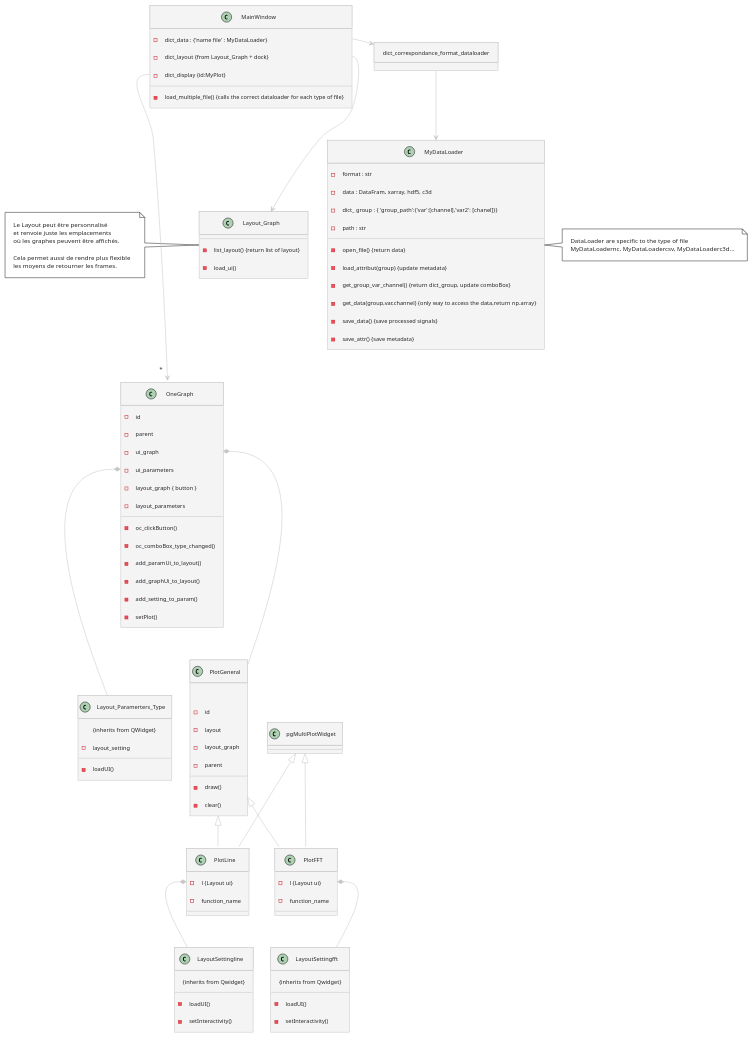
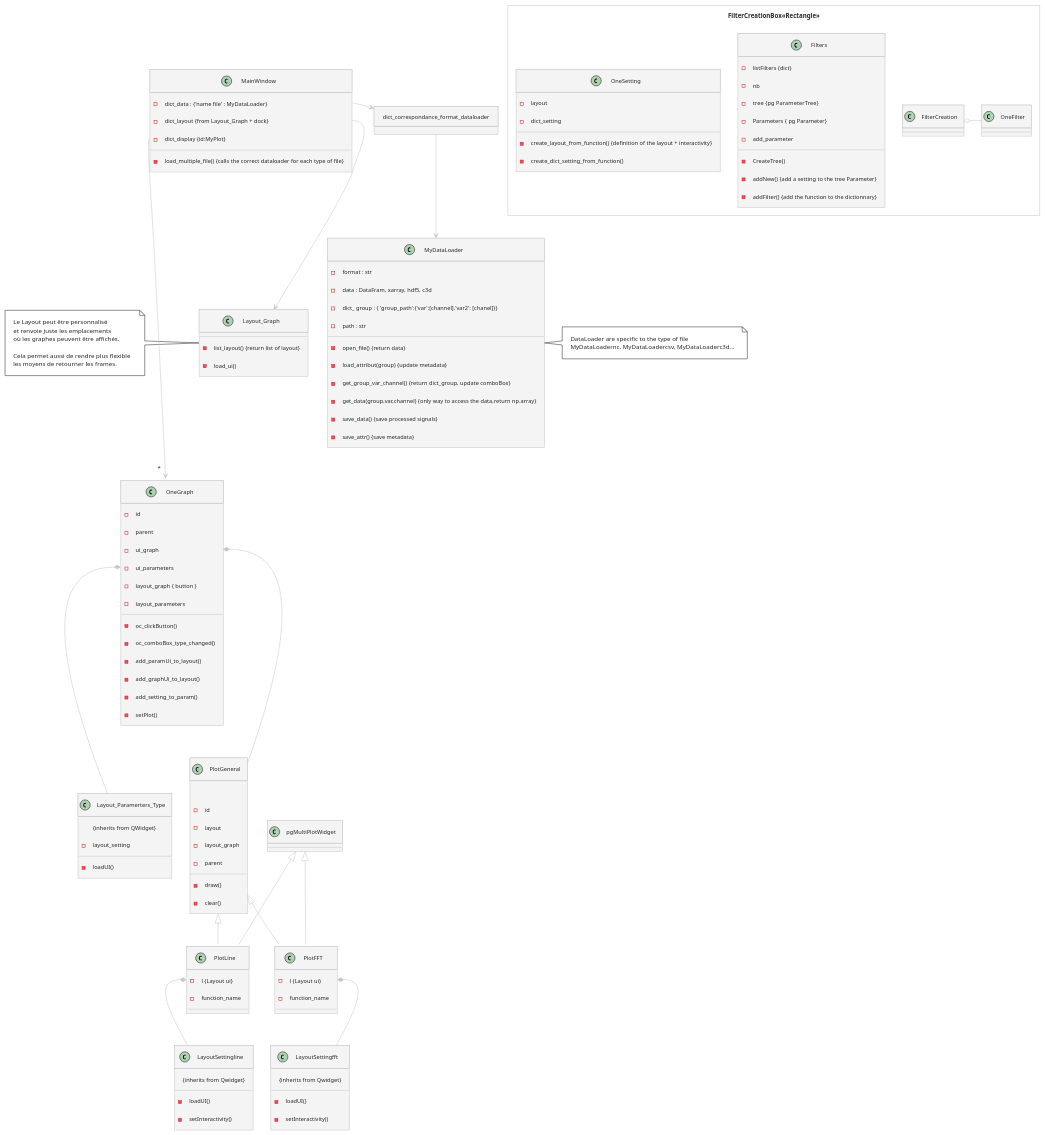
Before and after one commit to anaisalexia/EMGExplorer: the diagram in EMG_Explorer_App/schema.plantuml, drawn with PlantUML. The commit also changed 4 other files, not shown here.

```diff
--- a/EMG_Explorer_App/schema.plantuml
+++ b/EMG_Explorer_App/schema.plantuml
@@ -1,150 +1,176 @@
 @startuml
 !theme carbon-gray
 'class Parameters_win'
 
 /'
 Pour l'instant la fenêtre principale a une liste de graph 
 propre à chaque layout affiché
 sur lesquels les données sont affichées et changées en fonction du type
 En supposant donc que tout s'affiche sur un Multiplotwidget
 
 Changement de paradigme
 La fenetre principale a une liste des types d'affichages souhaitées
 chaques affichage à une fenêtre qui lui est propre
 
 avant 
 dict_display {id: graph } 
 MainWindow --> graph
 class graph{
     multiplot
     plot
 }
 
 desormais
 dict_display {id: <s> graph </s> type } 
 
 '/
 
 class MainWindow{
     - dict_data : {'name file' : MyDataLoader}
     - dict_layout {from Layout_Graph + dock}
     - dict_display {id:MyPlot}
     - load_multiple_file() {calls the correct dataloader for each type of file}
 }
 
 object dict_correspondance_format_dataloader
 
 class MyDataLoader{
     - format : str
     - data : DataFram, xarray, hdf5, c3d
     - dict_ group : { 'group_path':{'var':[channel],'var2': [chanel]}}
     - path : str
     - open_file() {return data}
     - load_attribut(group) {update metadata}
     - get_group_var_channel() {return dict_group, update comboBox}
     - get_data(group,var,channel) {only way to access the data,return np.array}
     - save_data() {save processed signals}
     - save_attr() {save metadata}
 }
 note right
 DataLoader are specific to the type of file
 MyDataLoadernc, MyDataLoadercsv, MyDataLoaderc3d...
 end note
 
 class Layout_Graph{
     - list_layout() {return list of layout}
     - load_ui()
 }
 note left
 Le Layout peut être personnalisé
 et renvoie juste les emplacements 
 où les graphes peuvent être affichés.
 
 Cela permet aussi de rendre plus flexible 
 les moyens de retourner les frames.
 end note
 
 
 
 
 
 MainWindow::dict_layout --> Layout_Graph
 MainWindow::data  -> dict_correspondance_format_dataloader
 dict_correspondance_format_dataloader --> MyDataLoader
 MainWindow::dict_display  --->"*" OneGraph
 
 
 class OneGraph{
     -id
     -parent
     -ui_graph
     -ui_parameters
     -layout_graph { button }
     -layout_parameters
     - oc_clickButton()
     - oc_comboBox_type_changed()
     -add_paramUi_to_layout()
     -add_graphUi_to_layout()
     -add_setting_to_param()
     -setPlot()
 }
 
 class Layout_Paramerters_Type{
     {inherits from QWidget}
     -layout_setting
     -loadUI()
 }
 
 
 class LayoutSettingfft{
     {inherits from Qwidget}
     -loadUI()
     -setInteractivity()
 }
 
 class LayoutSettingline{
     {inherits from Qwidget}
     -loadUI()
     -setInteractivity()
 }
 
 class PlotGeneral{
     {abstract}
     -id 
     -layout
     -layout_graph
     -parent
 
     -draw()
     -clear()
 
 }
 
 class PlotLine{
 
     -l {Layout ui}
     -function_name
 
 }
 
 class PlotFFT{
 
     -l {Layout ui}
     -function_name
 
 }
 
 OneGraph::ui_graph *-- PlotGeneral
 OneGraph::ui_parameters *-- Layout_Paramerters_Type
 
 
 pgMultiPlotWidget <|--PlotLine
 pgMultiPlotWidget <|--PlotFFT
 PlotGeneral <|--PlotFFT
 PlotGeneral <|--PlotLine
 
 PlotLine::l *-- LayoutSettingline
 PlotFFT::l *-- LayoutSettingfft
 
+rectangle FilterCreationBox<<Rectangle>>{
 
+Class Filters{
+
+    - listFilters {dict}
+    - nb
+    - tree  {pg ParameterTree}
+    - Parameters { pg Parameter}
+    - add_parameter
+
+    - CreateTree()
+    - addNew() {add a setting to the tree Parameter}
+    - addFilter() {add the function to the dictionnary}
+    
+}
+
+class OneSetting{
+
+    - layout
+    - dict_setting
+    - create_layout_from_function() {definition of the layout + interactivity}
+    - create_dict_setting_from_function()
+
+}
+
+FilterCreation o- OneFilter
+}
 @enduml
```
